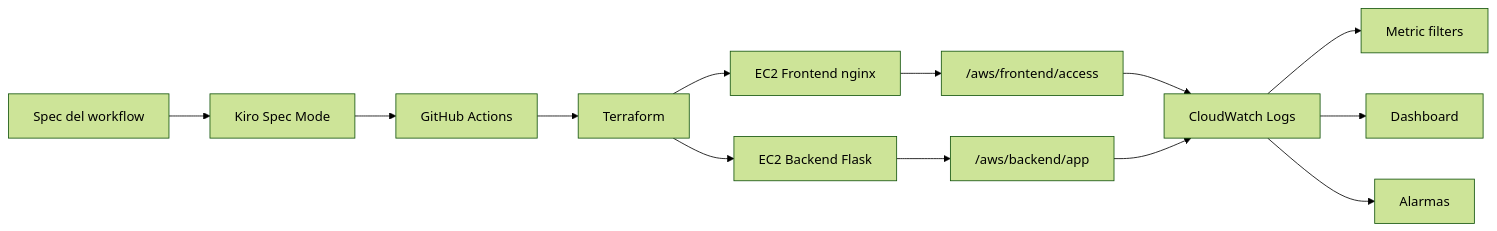
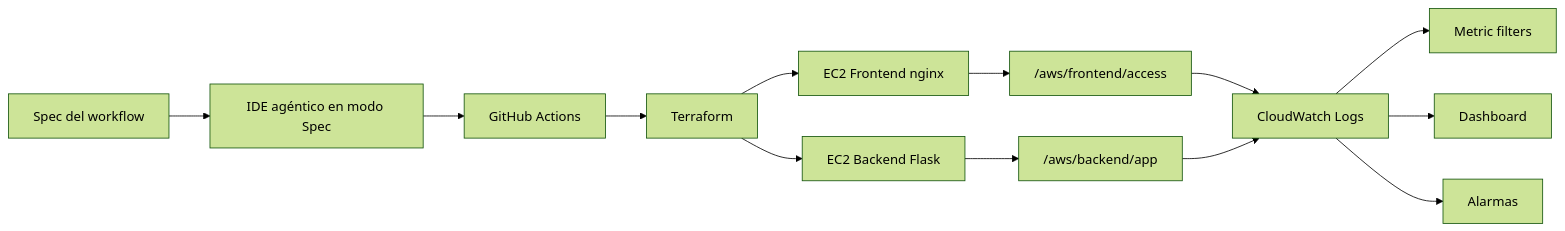
One commit to azavalaj/curso-cloud-formatec-alfredozavala-c2-2026 changed the diagram in labs/m3-c5-lab/README.md. Above: the diagram before and after it, drawn with Mermaid (forest theme). The commit also changed other lines of this file, not shown here.

Commit message:
M3-C5: usar IDE agéntico en la documentación del alumno

````diff
--- a/labs/m3-c5-lab/README.md
+++ b/labs/m3-c5-lab/README.md
@@ -17,15 +17,15 @@
 ```mermaid
 flowchart LR
-  SPEC["Spec del workflow"] --> AGENT["Kiro Spec Mode"]
+  SPEC["Spec del workflow"] --> AGENT["IDE agéntico en modo Spec"]
   AGENT --> WF["GitHub Actions"]
   WF --> TF["Terraform"]
   TF --> FE["EC2 Frontend nginx"]
   TF --> BE["EC2 Backend Flask"]
   FE --> FLOG["/aws/frontend/access"]
   BE --> BLOG["/aws/backend/app"]
   FLOG --> CW["CloudWatch Logs"]
   BLOG --> CW
   CW --> MF["Metric filters"]
   CW --> DASH["Dashboard"]
   CW --> ALARM["Alarmas"]
 ```
````
